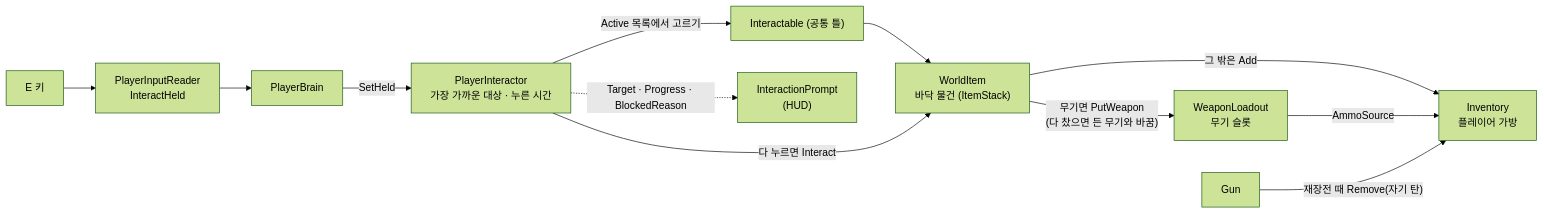
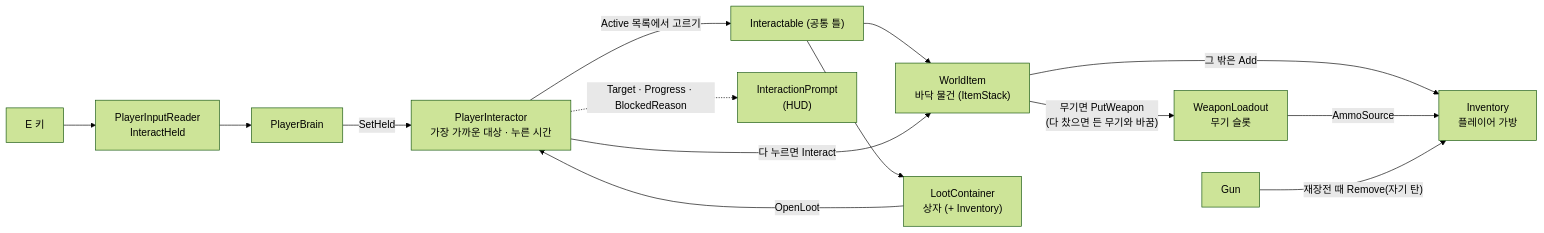
The fourth of 7 diagrams in docs/코드-구조.md (odyo0/project_dust_scrapper), drawn with Mermaid (forest theme) before and after one commit. The commit also changed other lines of this file and 36 other files, not shown here.

````diff
--- a/docs/코드-구조.md
+++ b/docs/코드-구조.md
@@ -183,14 +184,16 @@
 ```mermaid
 flowchart LR
     E["E 키"] --> PIR["PlayerInputReader<br/>InteractHeld"]
     PIR --> PB["PlayerBrain"]
     PB -- "SetHeld" --> PI["PlayerInteractor<br/>가장 가까운 대상 · 누른 시간"]
     PI -- "Active 목록에서 고르기" --> IA["Interactable (공통 틀)"]
     IA --> WI["WorldItem<br/>바닥 물건 (ItemStack)"]
     PI -- "다 누르면 Interact" --> WI
     WI -- "무기면 PutWeapon<br/>(다 찼으면 든 무기와 바꿈)" --> WL["WeaponLoadout<br/>무기 슬롯"]
     WI -- "그 밖은 Add" --> INV["Inventory<br/>플레이어 가방"]
     WL -- "AmmoSource" --> INV
     GUN["Gun"] -- "재장전 때 Remove(자기 탄)" --> INV
     PI -. "Target · Progress · BlockedReason" .-> PR["InteractionPrompt<br/>(HUD)"]
+    IA --> LC["LootContainer<br/>상자 (+ Inventory)"]
+    LC -- "OpenLoot" --> PI
 ```
````
